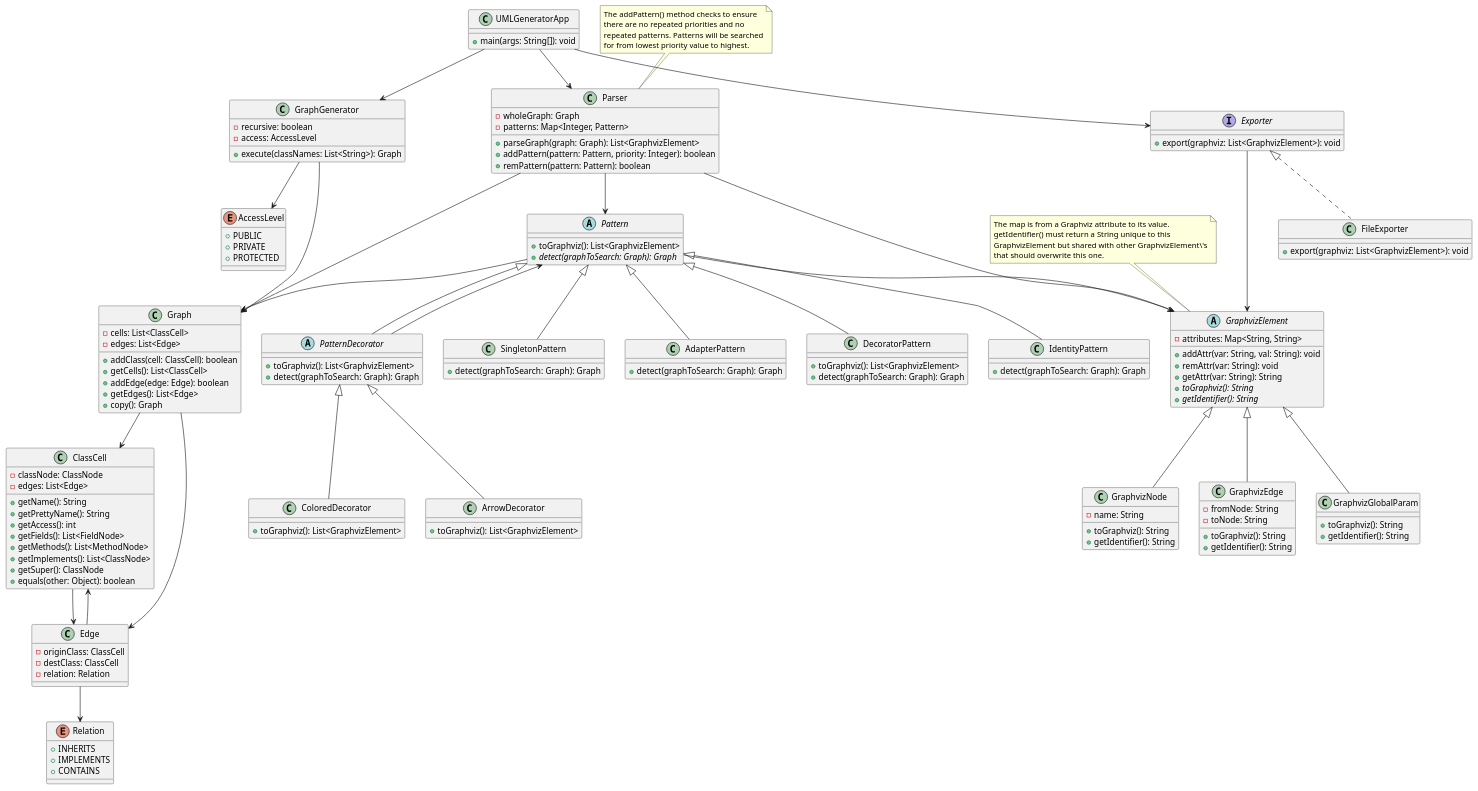
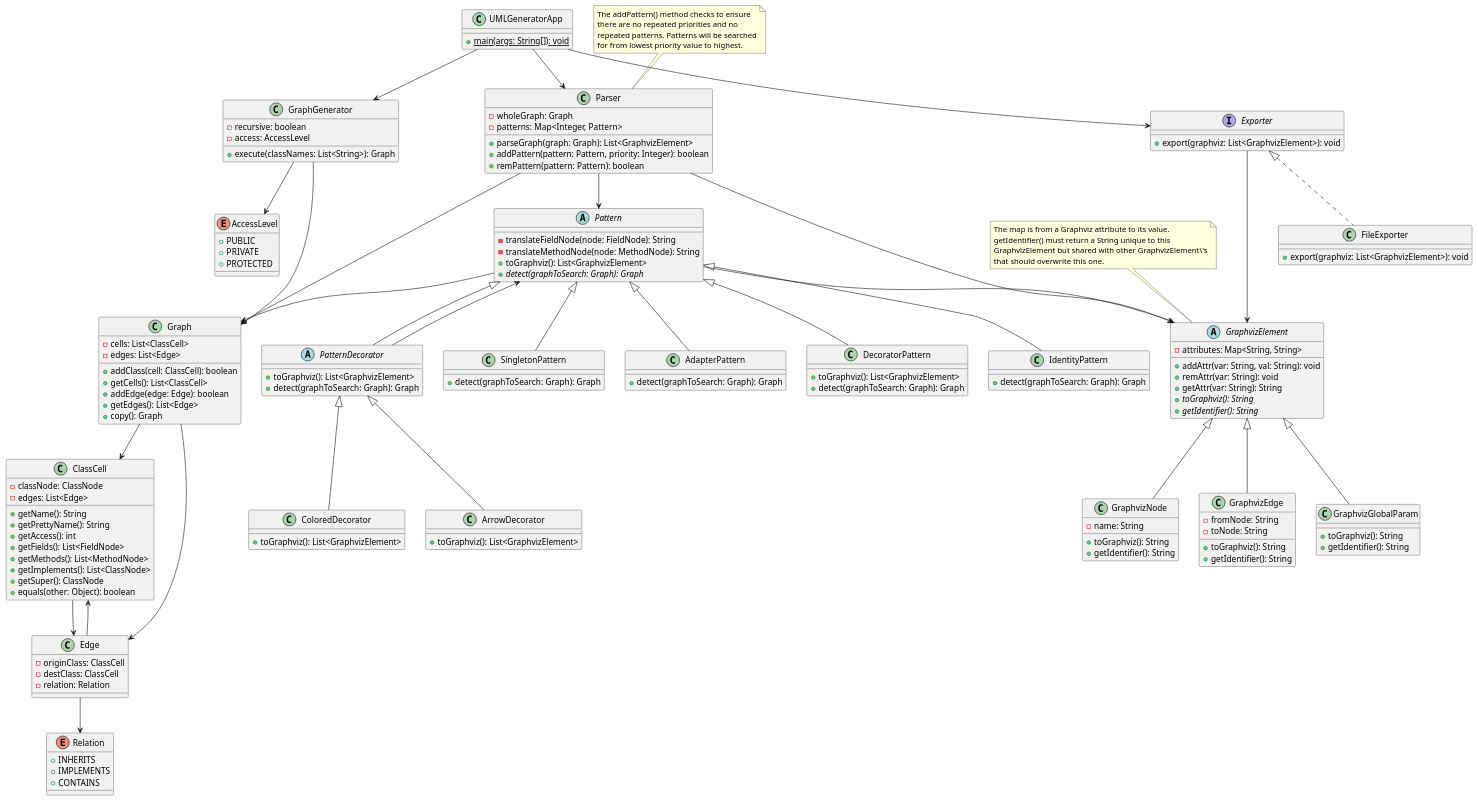
The diagram in docs/uml.puml (kgroble/uml-generator), drawn with PlantUML before and after one commit. The commit also changed 2 other files, not shown here.

Commit message:
Updated UML and README.md.

```diff
--- a/docs/uml.puml
+++ b/docs/uml.puml
@@ -1,161 +1,163 @@
 @startuml
 class UMLGeneratorApp {
-+ main(args: String[]): void
++ {static} main(args: String[]): void
 }
 
 class GraphGenerator {
 - recursive: boolean
 - access: AccessLevel
 + execute(classNames: List<String>): Graph
 }
 
 enum AccessLevel {
 + PUBLIC
 + PRIVATE
 + PROTECTED
 }
 
 class ClassCell {
 - classNode: ClassNode
 - edges: List<Edge>
 
 + getName(): String
 + getPrettyName(): String
 + getAccess(): int
 + getFields(): List<FieldNode>
 + getMethods(): List<MethodNode>
 + getImplements(): List<ClassNode>
 + getSuper(): ClassNode
 + equals(other: Object): boolean
 }
 
 class Edge {
 - originClass: ClassCell
 - destClass: ClassCell
 - relation: Relation
 }
 
 class Parser {
 - wholeGraph: Graph
 - patterns: Map<Integer, Pattern>
 + parseGraph(graph: Graph): List<GraphvizElement>
 + addPattern(pattern: Pattern, priority: Integer): boolean
 + remPattern(pattern: Pattern): boolean
 }
 note top of Parser
   The addPattern() method checks to ensure
   there are no repeated priorities and no
   repeated patterns. Patterns will be searched
   for from lowest priority value to highest.
 end note
 
 class Graph {
 - cells: List<ClassCell>
 - edges: List<Edge>
 + addClass(cell: ClassCell): boolean
 + getCells(): List<ClassCell>
 + addEdge(edge: Edge): boolean
 + getEdges(): List<Edge>
 + copy(): Graph
 }
 
 abstract class Pattern {
+- translateFieldNode(node: FieldNode): String
+- translateMethodNode(node: MethodNode): String
 + toGraphviz(): List<GraphvizElement>
 + {abstract} detect(graphToSearch: Graph): Graph
 }
 
 abstract class PatternDecorator extends Pattern {
 + toGraphviz(): List<GraphvizElement>
 + detect(graphToSearch: Graph): Graph
 }
 
 class ColoredDecorator extends PatternDecorator {
 + toGraphviz(): List<GraphvizElement>
 }
 
 class ArrowDecorator extends PatternDecorator {
 + toGraphviz(): List<GraphvizElement>
 }
 
 class SingletonPattern extends Pattern {
 + detect(graphToSearch: Graph): Graph
 }
 
 class AdapterPattern extends Pattern {
 + detect(graphToSearch: Graph): Graph
 }
 
 class DecoratorPattern extends Pattern {
 + toGraphviz(): List<GraphvizElement>
 + detect(graphToSearch: Graph): Graph
 }
 
 class IdentityPattern extends Pattern {
 + detect(graphToSearch: Graph): Graph
 }
 
 enum Relation {
 + INHERITS
 + IMPLEMENTS
 + CONTAINS
 }
 
 abstract class GraphvizElement {
 - attributes: Map<String, String>
 + addAttr(var: String, val: String): void
 + remAttr(var: String): void
 + getAttr(var: String): String
 + {abstract} toGraphviz(): String
 + {abstract} getIdentifier(): String
 }
 note top of GraphvizElement
   The map is from a Graphviz attribute to its value.
   getIdentifier() must return a String unique to this
   GraphvizElement but shared with other GraphvizElement\'s
   that should overwrite this one.
 end note
 
 class GraphvizNode extends GraphvizElement {
 - name: String
 + toGraphviz(): String
 + getIdentifier(): String
 }
 
 class GraphvizEdge extends GraphvizElement {
 - fromNode: String
 - toNode: String
 + toGraphviz(): String
 + getIdentifier(): String
 }
 
 class GraphvizGlobalParam extends GraphvizElement {
 + toGraphviz(): String
 + getIdentifier(): String
 }
 
 interface Exporter {
 + export(graphviz: List<GraphvizElement>): void
 }
 
 class FileExporter implements Exporter {
 + export(graphviz: List<GraphvizElement>): void
 }
 
 UMLGeneratorApp --> GraphGenerator
 UMLGeneratorApp --> Parser
 UMLGeneratorApp --> Exporter
 GraphGenerator --> Graph
 GraphGenerator --> AccessLevel
 ClassCell --> Edge
 Edge --> ClassCell
 Edge --> Relation
 Parser --> Pattern
 Pattern --> Graph
 PatternDecorator --> Pattern
 Pattern --> GraphvizElement
 Graph --> ClassCell
 Graph --> Edge
 Parser --> Graph
 Parser --> GraphvizElement
 Exporter --> GraphvizElement
 @enduml
```
